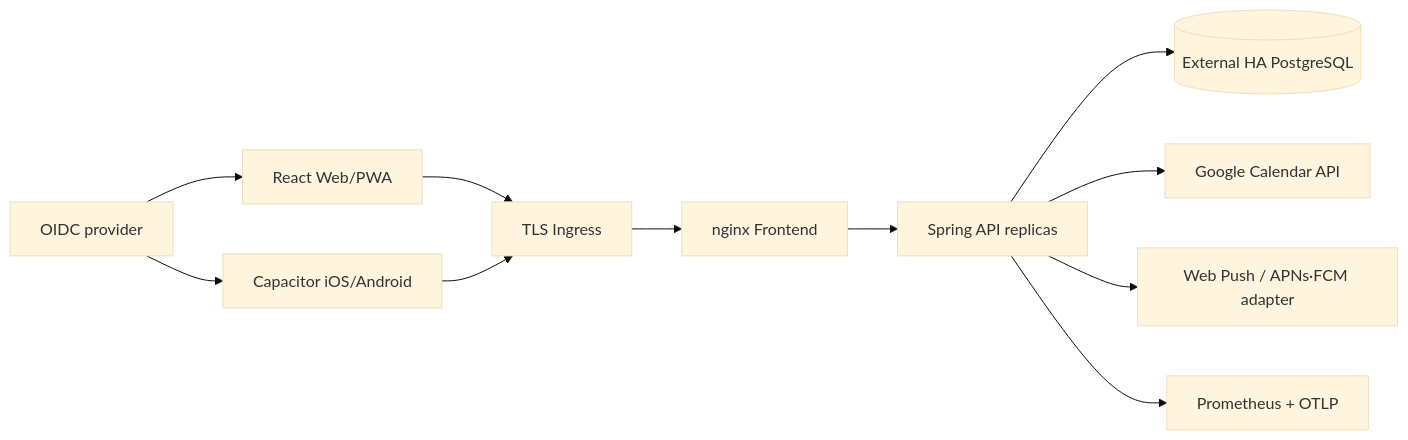
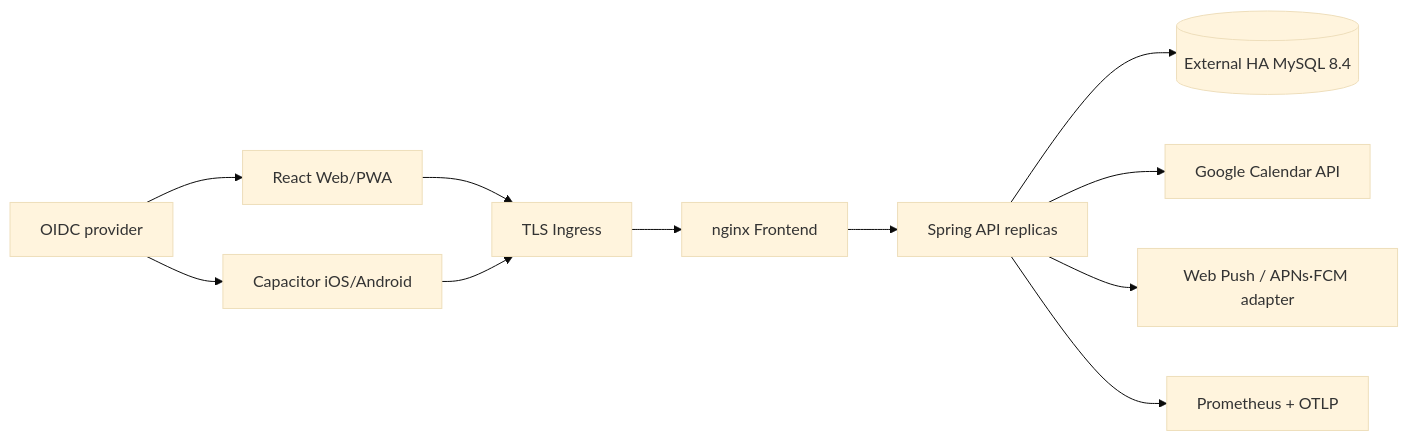
Before and after one commit to jieseob1/planner: the second of 2 diagrams in README.md, drawn with Mermaid (base theme). The commit also changed other lines of this file and 68 other files, not shown here.

````diff
--- a/README.md
+++ b/README.md
@@ -59,13 +61,13 @@
 ```mermaid
 flowchart LR
   W[React Web/PWA] --> I[TLS Ingress]
   M[Capacitor iOS/Android] --> I
   I --> F[nginx Frontend]
   F --> A[Spring API replicas]
-  A --> P[(External HA PostgreSQL)]
+  A --> P[(External HA MySQL 8.4)]
   A --> G[Google Calendar API]
   A --> U[Web Push / APNs·FCM adapter]
   O[OIDC provider] --> W
   O --> M
   A --> T[Prometheus + OTLP]
 ```
````
